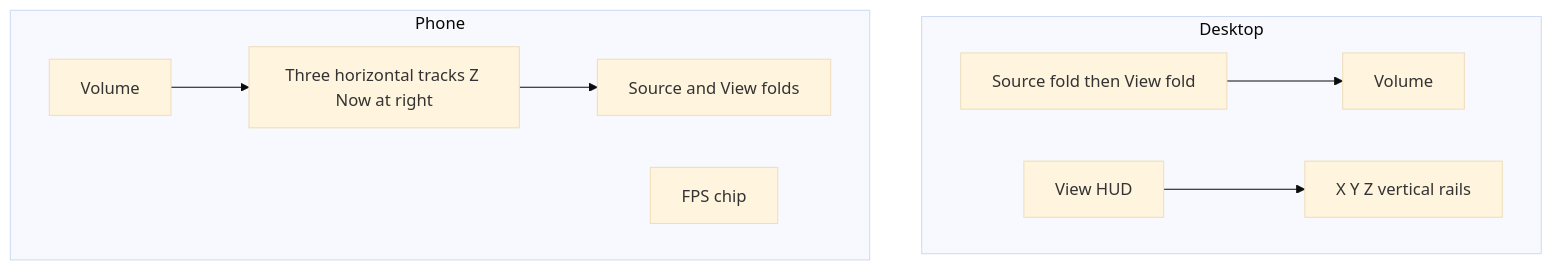
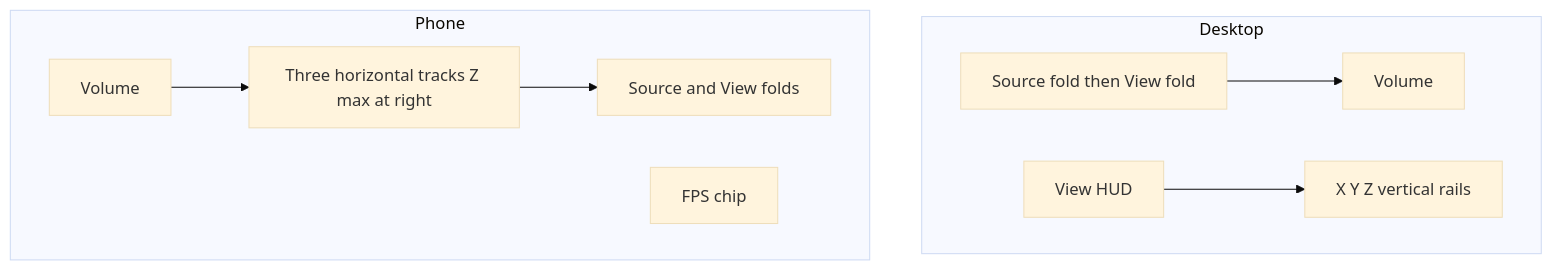
Before and after one commit to PiMaV/DONNER: diagram 21 of 31 in architecture.md, drawn with Mermaid (base theme). The commit also changed other lines of this file and 26 other files, not shown here.

````diff
--- a/architecture.md
+++ b/architecture.md
@@ -563,19 +585,19 @@
 ```mermaid
 flowchart TB
   subgraph desktop [Desktop]
     sheetD[Source fold then View fold]
     volD[Volume]
     hudD[View HUD]
     zD[X Y Z vertical rails]
     sheetD --> volD
     hudD --> zD
   end
   subgraph phone [Phone]
     volP[Volume]
-    zP[Three horizontal tracks Z Now at right]
+    zP[Three horizontal tracks Z max at right]
     barP[Source and View folds]
     chipP[FPS chip]
     volP --> zP
     zP --> barP
   end
 ```
````
